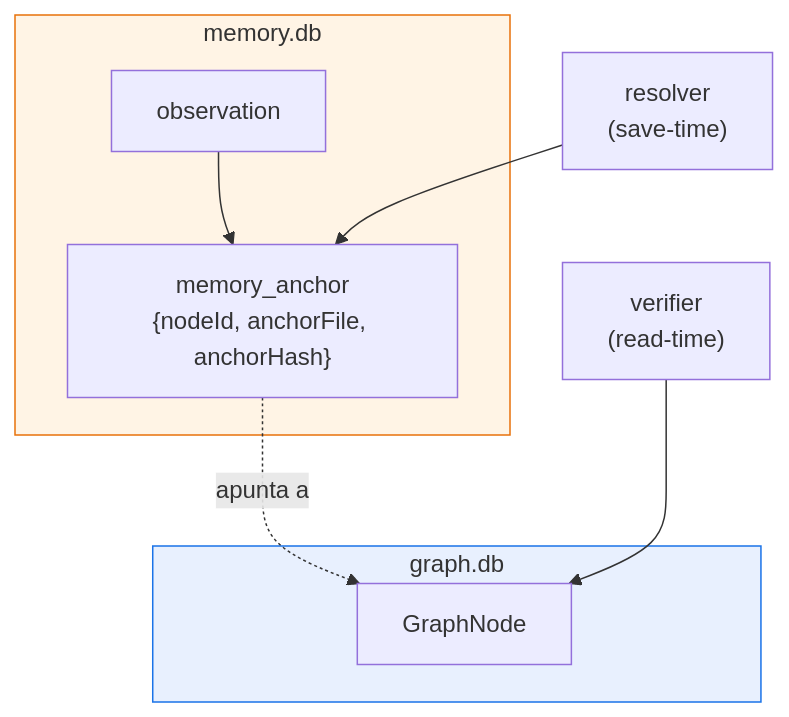
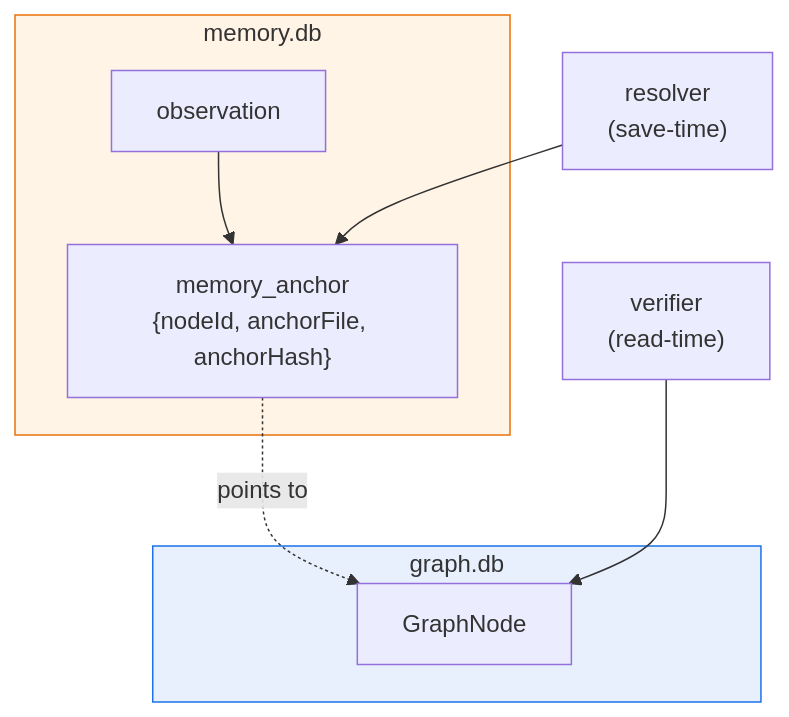
The first of 4 diagrams in docs/concepts/05-comunicacion-grafo-memoria.md (Kolimar/leina), drawn with Mermaid before and after one commit. The commit also changed other lines of this file and 27 other files, not shown here.

````diff
--- a/docs/concepts/05-comunicacion-grafo-memoria.md
+++ b/docs/concepts/05-comunicacion-grafo-memoria.md
@@ -18,16 +18,16 @@
 ```mermaid
 flowchart TB
     subgraph mem["memory.db"]
         obs["observation"]
         anchor["memory_anchor<br/>{nodeId, anchorFile, anchorHash}"]
         obs --> anchor
     end
     subgraph gdb["graph.db"]
         gnode["GraphNode"]
     end
-    anchor -.->|apunta a| gnode
+    anchor -.->|points to| gnode
     resolver["resolver<br/>(save-time)"] --> anchor
     verifier["verifier<br/>(read-time)"] --> gnode
     style mem fill:#fff4e5,stroke:#e8710a
     style gdb fill:#e8f0fe,stroke:#1a73e8
 ```
````
